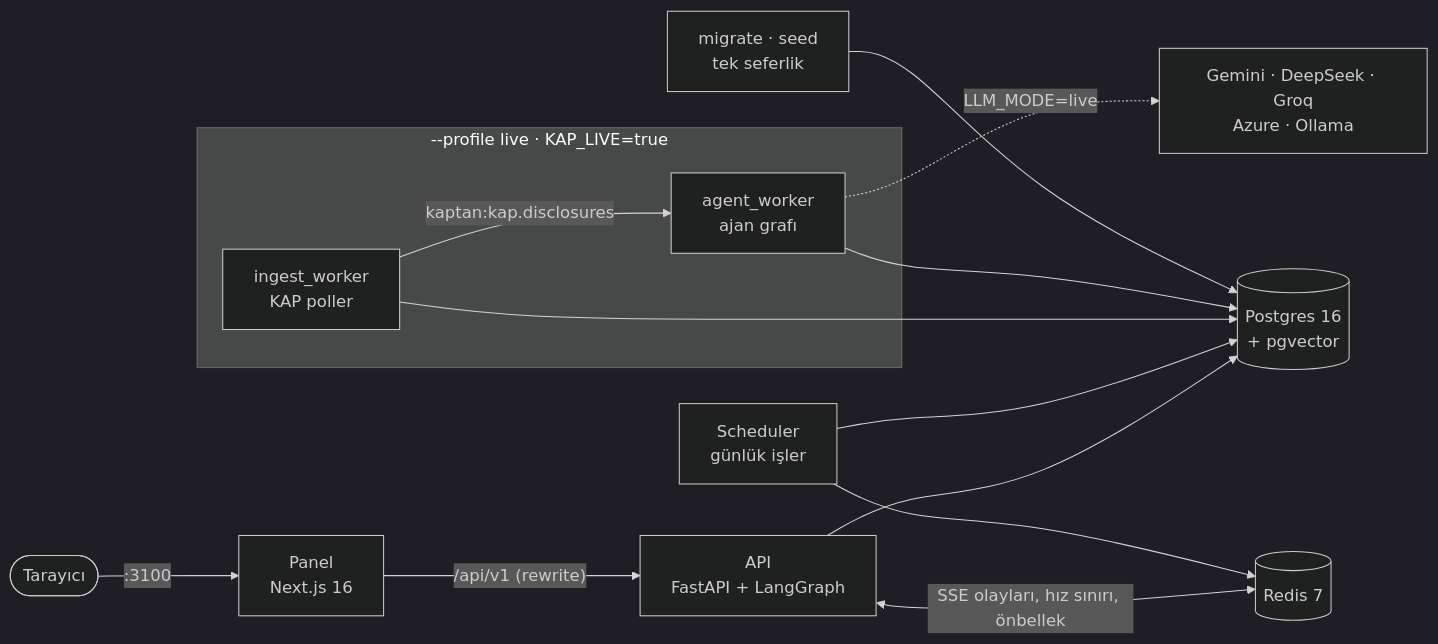
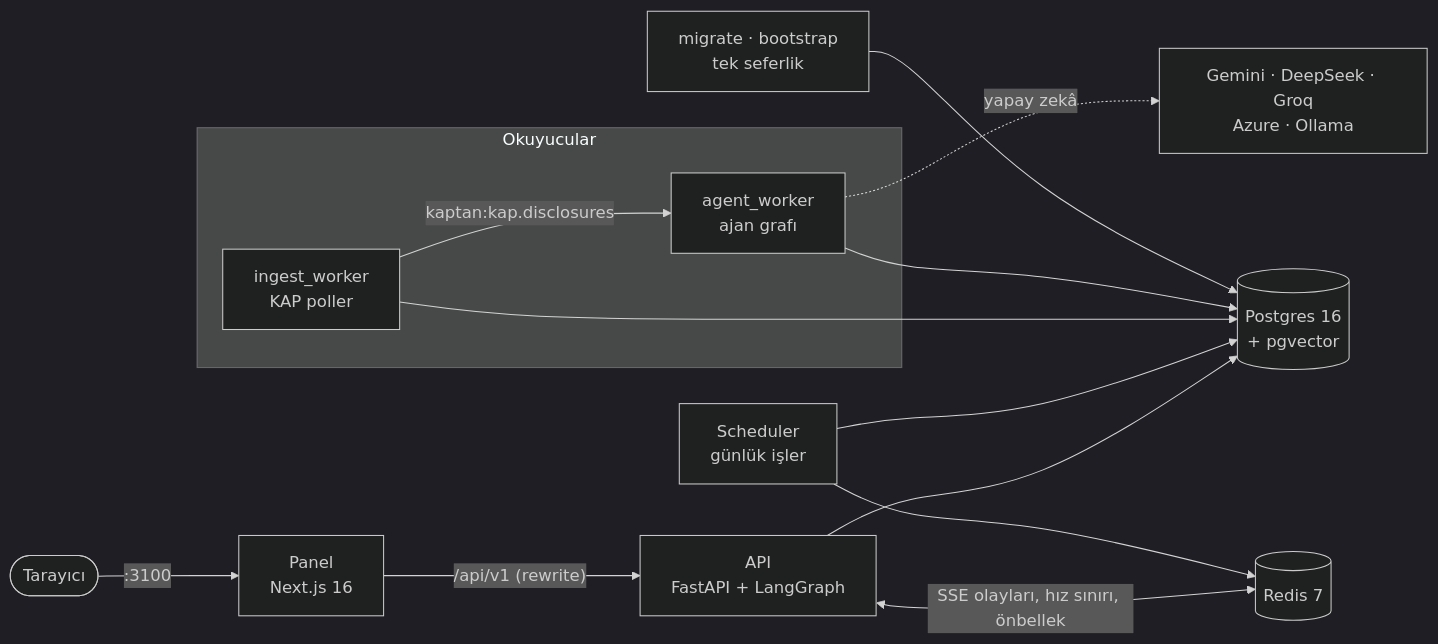
The second of 2 diagrams in README.md (cozalss/kaptan-seng429), drawn with Mermaid (dark theme) before and after one commit. The commit also changed other lines of this file and 233 other files, not shown here.

````diff
--- a/README.md
+++ b/README.md
@@ -260,16 +267,16 @@
 ```mermaid
 flowchart LR
     U(["Tarayıcı"]) -->|":3100"| P["Panel<br/>Next.js 16"]
     P -->|"/api/v1 (rewrite)"| A["API<br/>FastAPI + LangGraph"]
     A --> PG[("Postgres 16<br/>+ pgvector")]
     A <-->|"SSE olayları, hız sınırı, önbellek"| R[("Redis 7")]
     S["Scheduler<br/>günlük işler"] --> PG
     S --> R
-    subgraph LIVE["--profile live · KAP_LIVE=true"]
+    subgraph LIVE["Okuyucular"]
         I["ingest_worker<br/>KAP poller"] -->|"kaptan:kap.disclosures"| AG["agent_worker<br/>ajan grafı"]
     end
     I --> PG
     AG --> PG
-    AG -.->|"LLM_MODE=live"| LLM["Gemini · DeepSeek · Groq<br/>Azure · Ollama"]
-    M["migrate · seed<br/>tek seferlik"] --> PG
+    AG -.->|"yapay zekâ"| LLM["Gemini · DeepSeek · Groq<br/>Azure · Ollama"]
+    M["migrate · bootstrap<br/>tek seferlik"] --> PG
 ```
````
